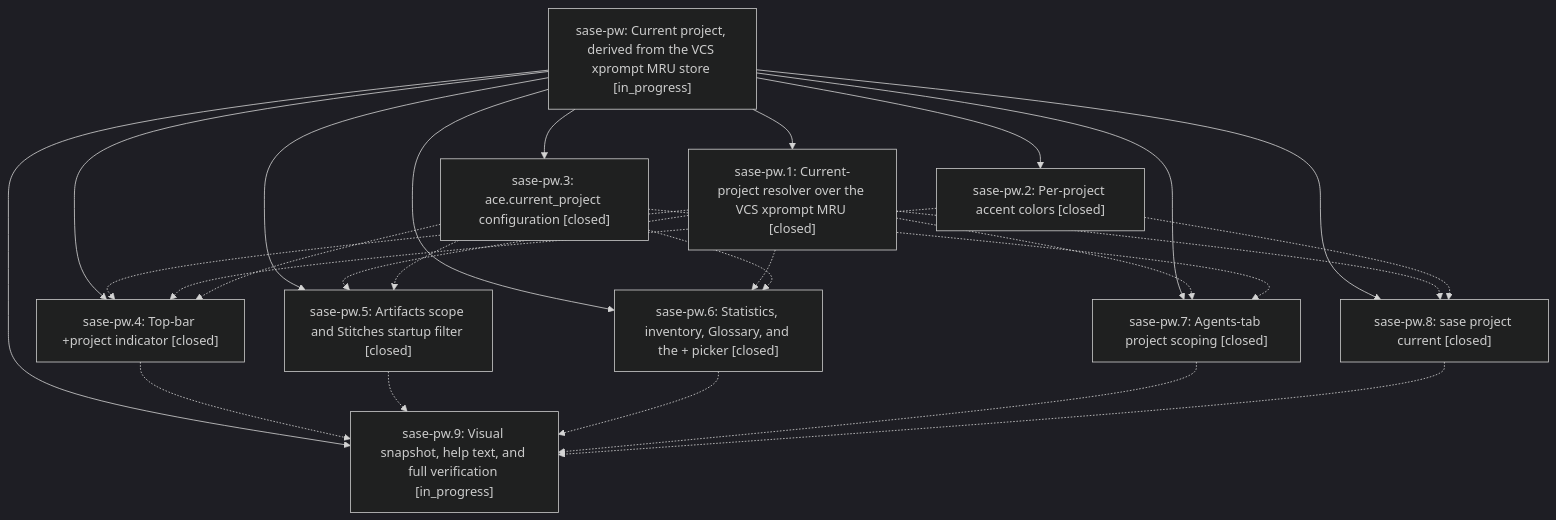
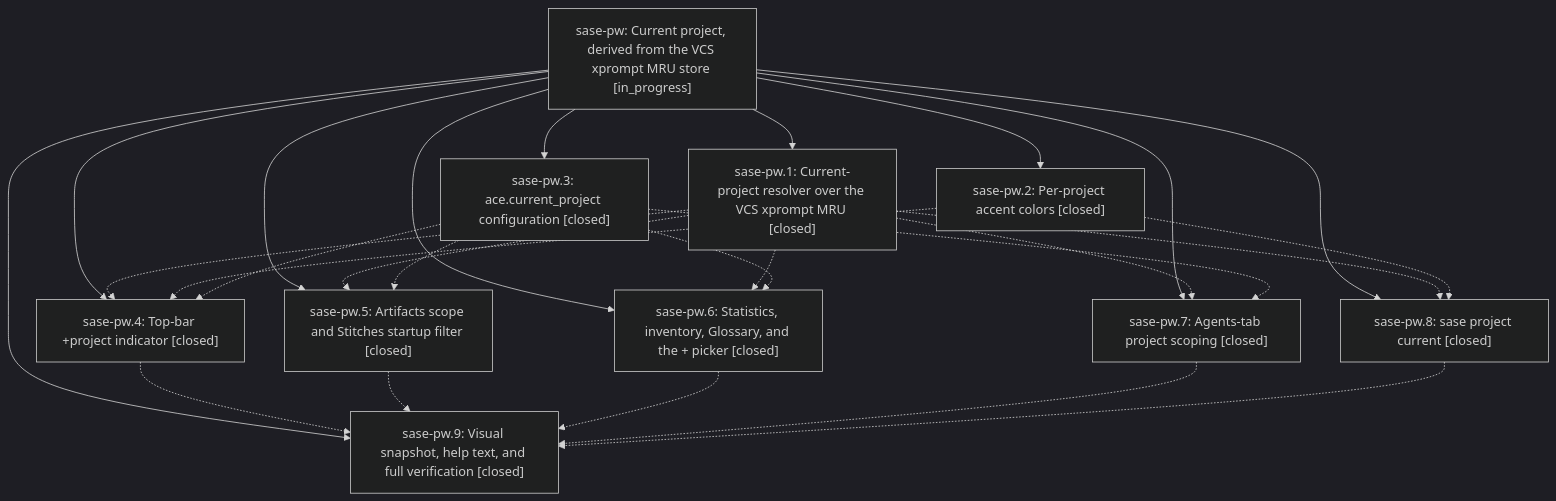
The diagram in pages/sase-pw/README.md (sase-org/sase--beads), drawn with Mermaid (dark theme) before and after one commit. The commit also changed other lines of this file and 6 other files, not shown here.

````diff
--- a/pages/sase-pw/README.md
+++ b/pages/sase-pw/README.md
@@ -40,38 +44,38 @@
 ```mermaid
 flowchart TD
     n0["sase-pw: Current project, derived from the VCS xprompt MRU store [in_progress]"]
     n1["sase-pw.1: Current-project resolver over the VCS xprompt MRU [closed]"]
     n2["sase-pw.2: Per-project accent colors [closed]"]
     n3["sase-pw.3: ace.current_project configuration [closed]"]
     n4["sase-pw.4: Top-bar +project indicator [closed]"]
     n5["sase-pw.5: Artifacts scope and Stitches startup filter [closed]"]
     n6["sase-pw.6: Statistics, inventory, Glossary, and the + picker [closed]"]
     n7["sase-pw.7: Agents-tab project scoping [closed]"]
     n8["sase-pw.8: sase project current [closed]"]
-    n9["sase-pw.9: Visual snapshot, help text, and full verification [in_progress]"]
+    n9["sase-pw.9: Visual snapshot, help text, and full verification [closed]"]
     n0 --> n1
     n0 --> n2
     n0 --> n3
     n0 --> n4
     n0 --> n5
     n0 --> n6
     n0 --> n7
     n0 --> n8
     n0 --> n9
     n1 -.-> n4
     n1 -.-> n5
     n1 -.-> n6
     n1 -.-> n7
     n1 -.-> n8
     n2 -.-> n4
     n2 -.-> n8
     n3 -.-> n4
     n3 -.-> n5
     n3 -.-> n6
     n3 -.-> n7
     n4 -.-> n9
     n5 -.-> n9
     n6 -.-> n9
     n7 -.-> n9
     n8 -.-> n9
 ```
````
